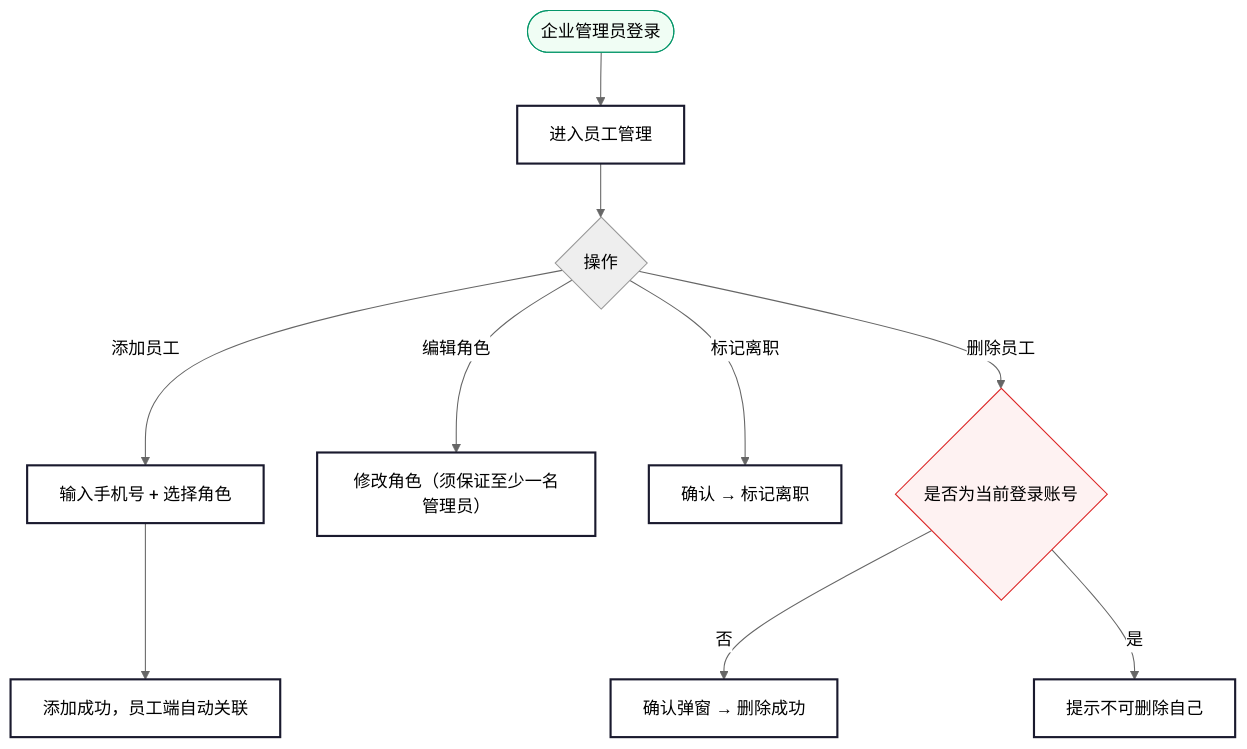
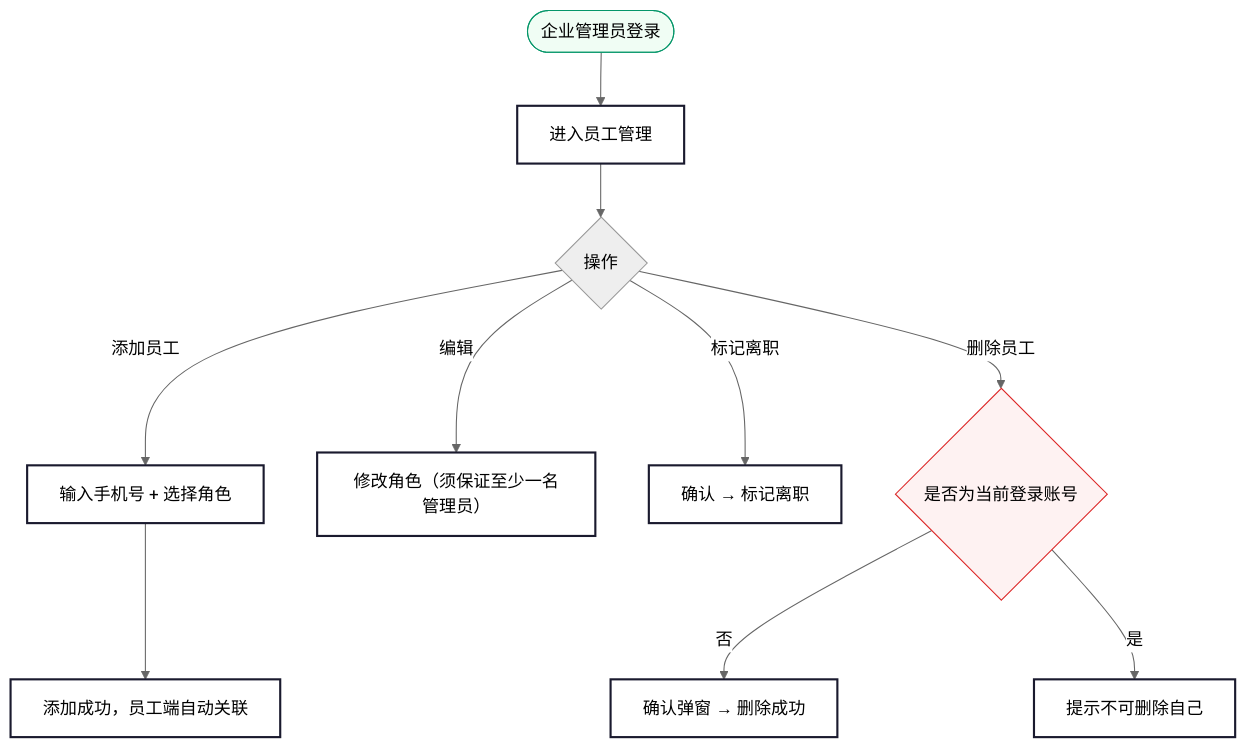
Before and after one commit to klayhuzhenx/zunchuxing: the second of 3 diagrams in 企业端需求规格说明.md, drawn with Mermaid (neutral theme). The commit also changed other lines of this file and 84 other files, not shown here.

````diff
--- a/企业端需求规格说明.md
+++ b/企业端需求规格说明.md
@@ -279,19 +273,19 @@
 ```mermaid
 graph TD
     A(["企业管理员登录"]) --> B["进入员工管理"]
     B --> C{"操作"}
     C --> |添加员工| D["输入手机号 + 选择角色"]
     D --> E["添加成功，员工端自动关联"]
-    C --> |编辑角色| F["修改角色（须保证至少一名管理员）"]
+    C --> |编辑| F["修改角色（须保证至少一名管理员）"]
     C --> |标记离职| G["确认 → 标记离职"]
     C --> |删除员工| H{"是否为当前登录账号"}
     H --> |否| I["确认弹窗 → 删除成功"]
     H --> |是| J["提示不可删除自己"]
 
     classDef step fill:#fff,stroke:#1a1a2e,stroke-width:2px
     classDef terminal fill:#f0fdf4,stroke:#059669
     classDef warn fill:#fef2f2,stroke:#dc2626
     class B,D,E,F,G,I,J step
     class A terminal
     class H warn
 ```
````
